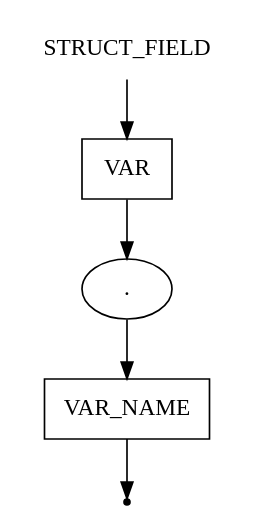
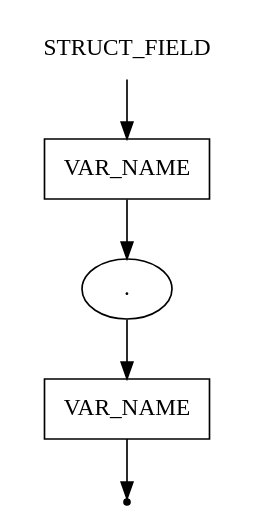
One commit to ayu-f/DSL_Pseudocode changed the diagram in pseudocode/struct_field.gv. Above: the diagram before and after it, drawn with Graphviz. The commit also changed 2 other files, not shown here.

```diff
--- a/pseudocode/struct_field.gv
+++ b/pseudocode/struct_field.gv
@@ -1,12 +1,12 @@
 digraph STRUCT_FIELD {
     start [label=STRUCT_FIELD shape=plaintext]
-    var [label=VAR shape=box]
+    var_name_1 [label=VAR_NAME shape=box]
     dot [label="." shape=oval]
-    var_name [label=VAR_NAME shape=box]
+    var_name_2 [label=VAR_NAME shape=box]
     end [label="" shape=point]
 
-    start -> var
-    var -> dot
-    dot -> var_name
-    var_name -> end
+    start -> var_name_1
+    var_name_1 -> dot
+    dot -> var_name_2
+    var_name_2 -> end
 }
```
